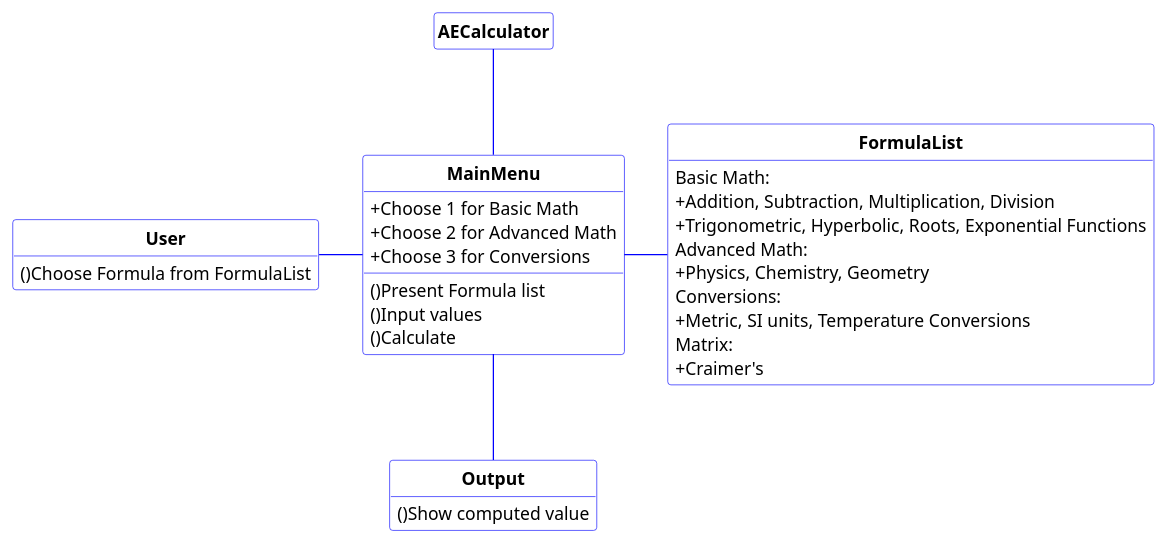
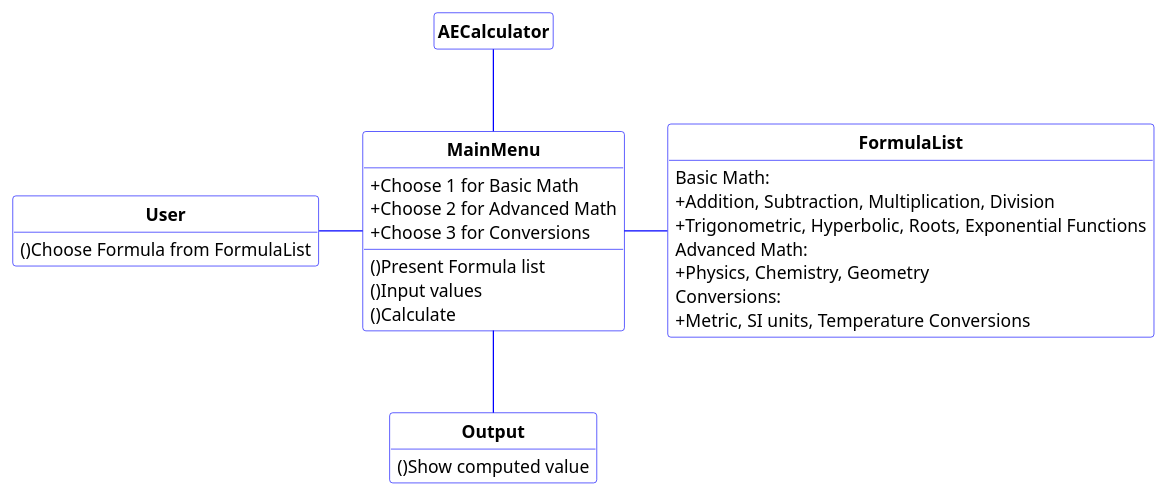
Before and after one commit to Jeydii07/OOGreenProject: the diagram in LXModuleAECalculator.puml, drawn with PlantUML.

```diff
--- a/LXModuleAECalculator.puml
+++ b/LXModuleAECalculator.puml
@@ -1,51 +1,49 @@
 @startuml
 skinparam style strictuml
 skinparam classAttributeIconSize 0
 skinparam classFontColor black
 skinparam classFontStyle bold
 skinparam sequenceMessageAlign Center
 hide empty members
 
 skinparam class {
 BackgroundColor white
 BorderColor blue
 ArrowColor blue
 }
 
 class User{
 ()Choose Formula from FormulaList
 }
 
 class AECalculator {
  }
 
 class FormulaList {
 Basic Math:
 +Addition, Subtraction, Multiplication, Division
 +Trigonometric, Hyperbolic, Roots, Exponential Functions
 Advanced Math:
 +Physics, Chemistry, Geometry
 Conversions:
 +Metric, SI units, Temperature Conversions
-Matrix:
-+Craimer's
 }
 
 class MainMenu {
 +Choose 1 for Basic Math
 +Choose 2 for Advanced Math
 +Choose 3 for Conversions
 ()Present Formula list
 ()Input values
 ()Calculate
 }
 
 class Output{
 ()Show computed value
 }
 
 AECalculator -down- MainMenu
 User -right- MainMenu
 MainMenu -right- FormulaList
 MainMenu -down- Output
 @enduml
```
